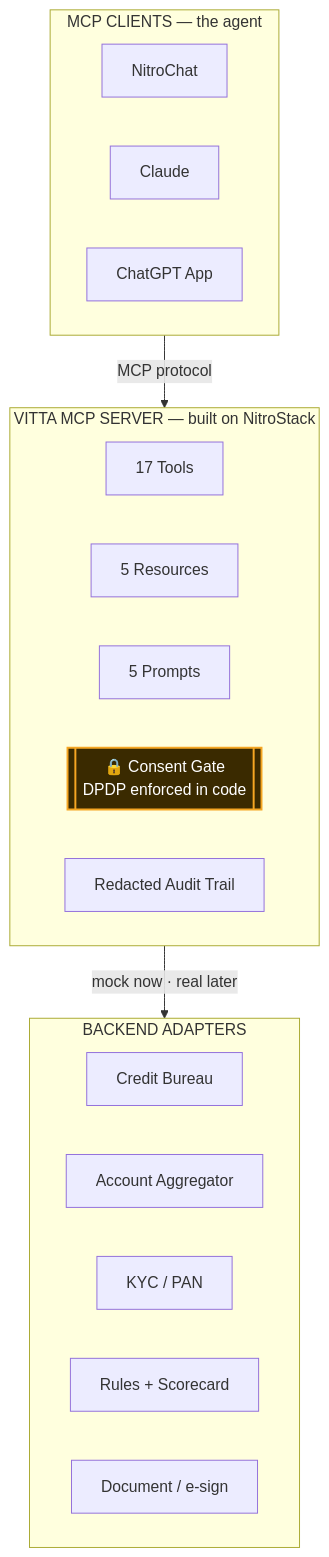
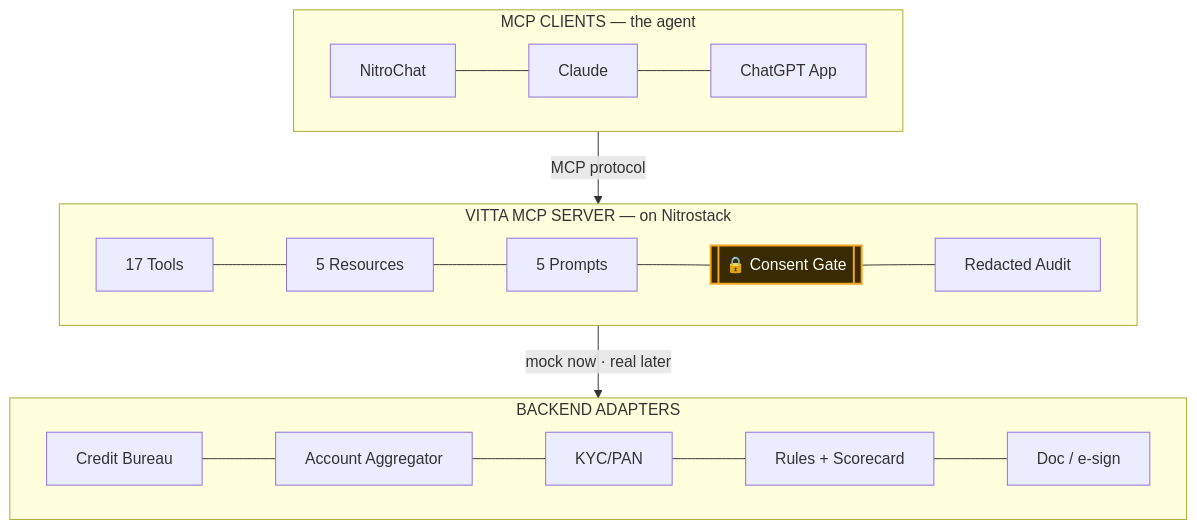
One commit to AnshBajpai05/NitroStack-Hackathon changed the diagram in README.md. Above: the diagram before and after it, drawn with Mermaid. The commit also changed other lines of this file and 1 other file, not shown here.

Commit message:
docs: README in the Nitrostack community format (MCP explainer, live endpoint, client config, FAQ, keywords) + MIT LICENSE

````diff
--- a/README.md
+++ b/README.md
@@ -105,29 +53,19 @@
 ```mermaid
 flowchart TB
   subgraph Clients["MCP CLIENTS — the agent"]
     direction LR
-    NC[NitroChat]
-    CL[Claude]
-    GPT[ChatGPT App]
+    NC[NitroChat] --- CL[Claude] --- GPT[ChatGPT App]
   end
   Clients -->|MCP protocol| Server
-  subgraph Server["VITTA MCP SERVER — built on NitroStack"]
+  subgraph Server["VITTA MCP SERVER — on Nitrostack"]
     direction LR
-    T[17 Tools]
-    R[5 Resources]
-    P[5 Prompts]
-    CG[["🔒 Consent Gate<br/>DPDP enforced in code"]]
-    AU[Redacted Audit Trail]
+    T[17 Tools] --- R[5 Resources] --- P[5 Prompts] --- CG[["🔒 Consent Gate"]] --- AU[Redacted Audit]
   end
   Server -->|mock now · real later| Adapters
   subgraph Adapters["BACKEND ADAPTERS"]
     direction LR
-    BU[Credit Bureau]
-    AA[Account Aggregator]
-    KY[KYC / PAN]
-    DE[Rules + Scorecard]
-    DO[Document / e-sign]
+    BU[Credit Bureau] --- AA[Account Aggregator] --- KY[KYC/PAN] --- DE[Rules + Scorecard] --- DO[Doc / e-sign]
   end
   classDef sig fill:#3a2a00,stroke:#f5a623,stroke-width:2px,color:#fff;
   class CG sig;
 ```
````
